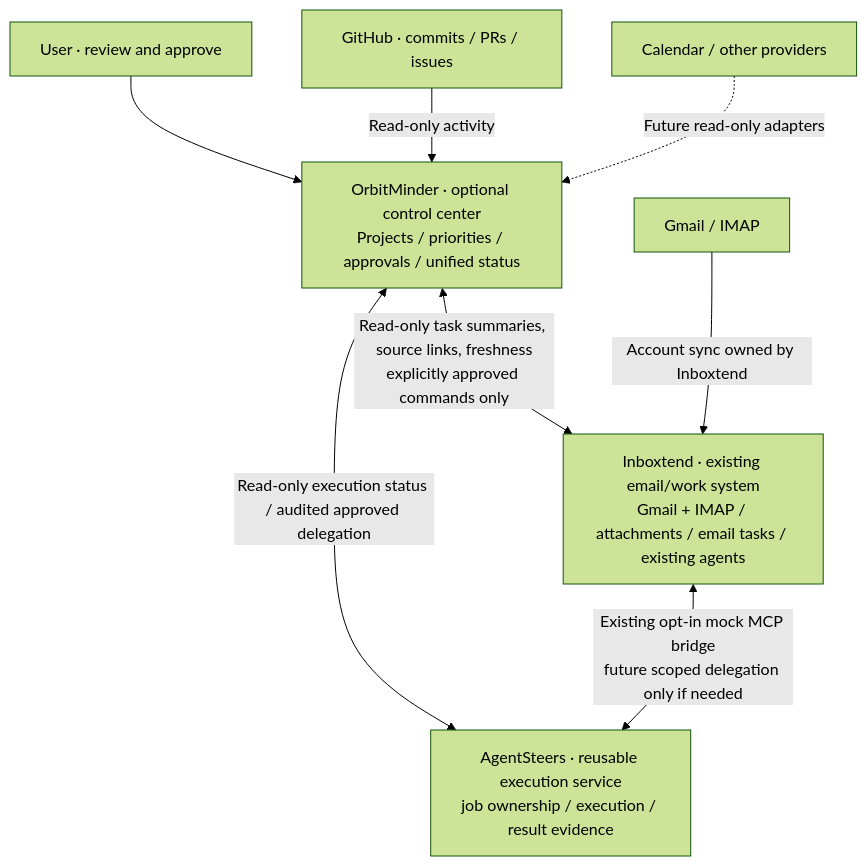
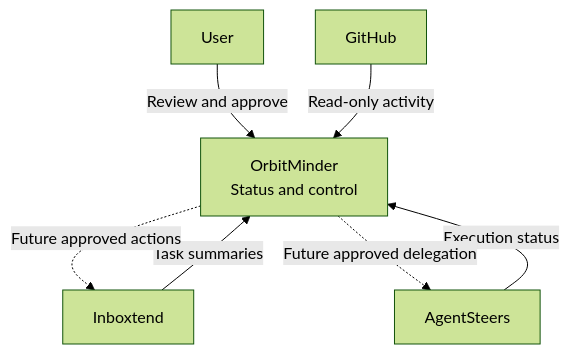
Before and after one commit to scyllarusllc/orbitminder: the diagram in docs/architecture.md, drawn with Mermaid (forest theme). The commit also changed other lines of this file, not shown here.

Commit message:
docs(architecture): formalize bidirectional control and approval gates

````diff
--- a/docs/architecture.md
+++ b/docs/architecture.md
@@ -9,10 +11,9 @@
 ```mermaid
 flowchart TB
-  U["User · review and approve"] --> OM["OrbitMinder · optional control center<br/>Projects / priorities / approvals / unified status"]
-  OM <-->|"Read-only task summaries, source links, freshness<br/>explicitly approved commands only"| IB["Inboxtend · existing email/work system<br/>Gmail + IMAP / attachments / email tasks / existing agents"]
-  OM <-->|"Read-only execution status / audited approved delegation"| AS["AgentSteers · reusable execution service<br/>job ownership / execution / result evidence"]
-  IB <-->|"Existing opt-in mock MCP bridge<br/>future scoped delegation only if needed"| AS
-  GH["GitHub · commits / PRs / issues"] -->|"Read-only activity"| OM
-  CAL["Calendar / other providers"] -.->|"Future read-only adapters"| OM
-  MAIL["Gmail / IMAP"] -->|"Account sync owned by Inboxtend"| IB
+  U["User"] -->|"Review and approve"| OM["OrbitMinder<br/>Status and control"]
+  GH["GitHub"] -->|"Read-only activity"| OM
+  IB["Inboxtend"] -->|"Task summaries"| OM
+  OM -.->|"Future approved actions"| IB
+  AS["AgentSteers"] -->|"Execution status"| OM
+  OM -.->|"Future approved delegation"| AS
 ```
````
